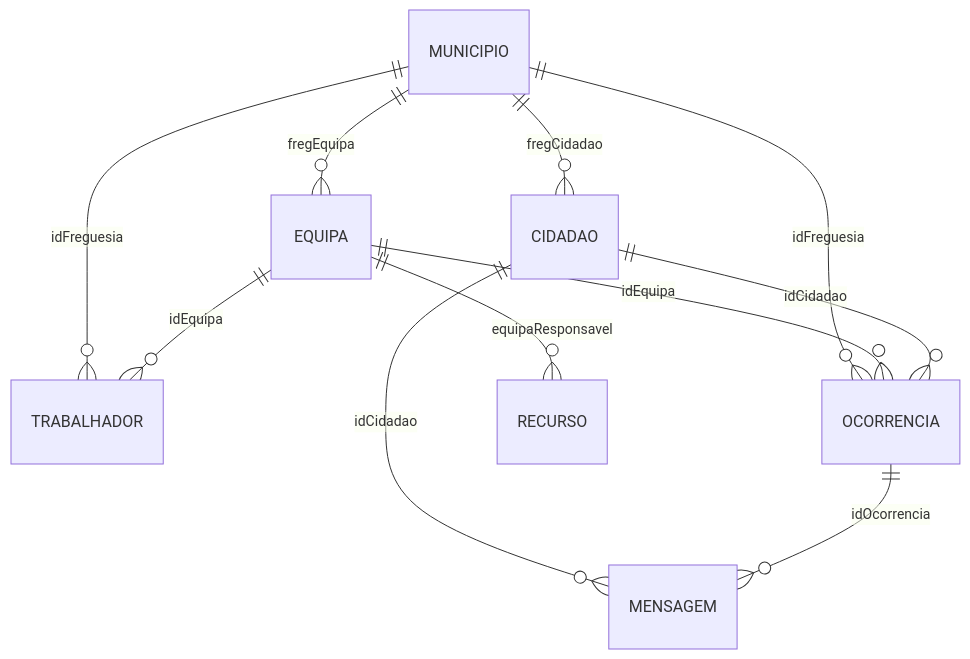
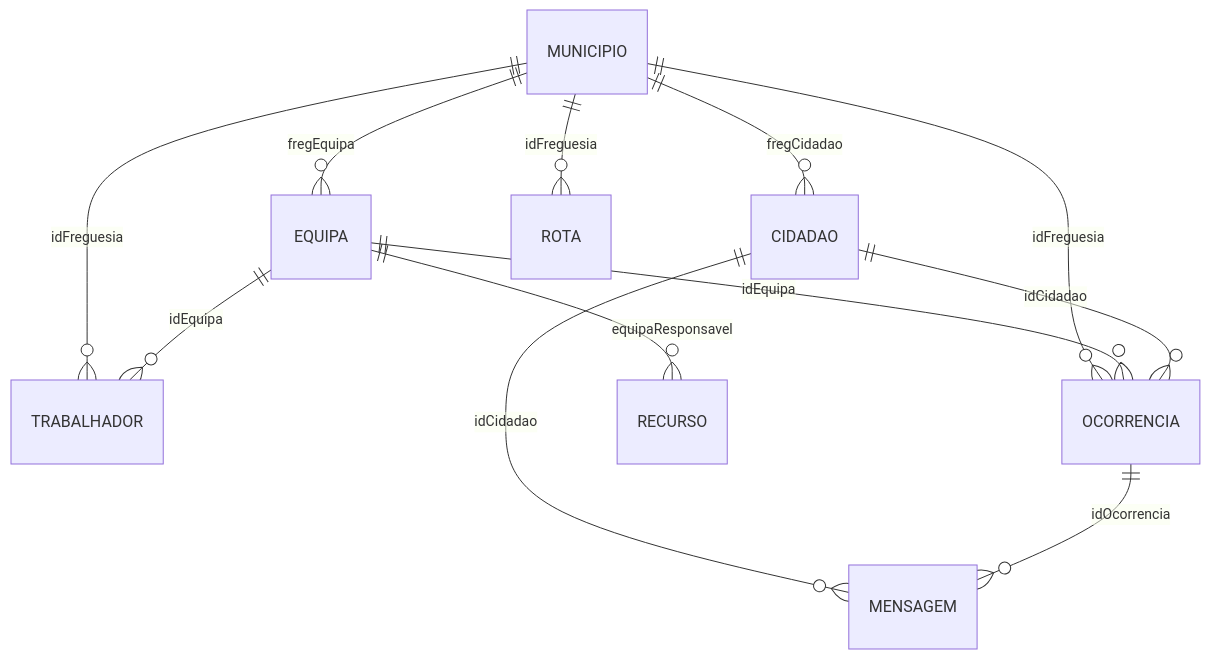
One commit to Mcaldas11/projeto-2 changed the second of 2 diagrams in README.md. Above: the diagram before and after it, drawn with Mermaid. The commit also changed other lines of this file, not shown here.

````diff
--- a/README.md
+++ b/README.md
@@ -71,13 +73,14 @@
 ```mermaid
 erDiagram
 	MUNICIPIO ||--o{ CIDADAO : fregCidadao
 	MUNICIPIO ||--o{ EQUIPA : fregEquipa
 	MUNICIPIO ||--o{ TRABALHADOR : idFreguesia
 	MUNICIPIO ||--o{ OCORRENCIA : idFreguesia
+	MUNICIPIO ||--o{ ROTA : idFreguesia
 	EQUIPA ||--o{ TRABALHADOR : idEquipa
 	EQUIPA ||--o{ RECURSO : equipaResponsavel
 	EQUIPA ||--o{ OCORRENCIA : idEquipa
 	CIDADAO ||--o{ OCORRENCIA : idCidadao
 	CIDADAO ||--o{ MENSAGEM : idCidadao
 	OCORRENCIA ||--o{ MENSAGEM : idOcorrencia
 ```
````
